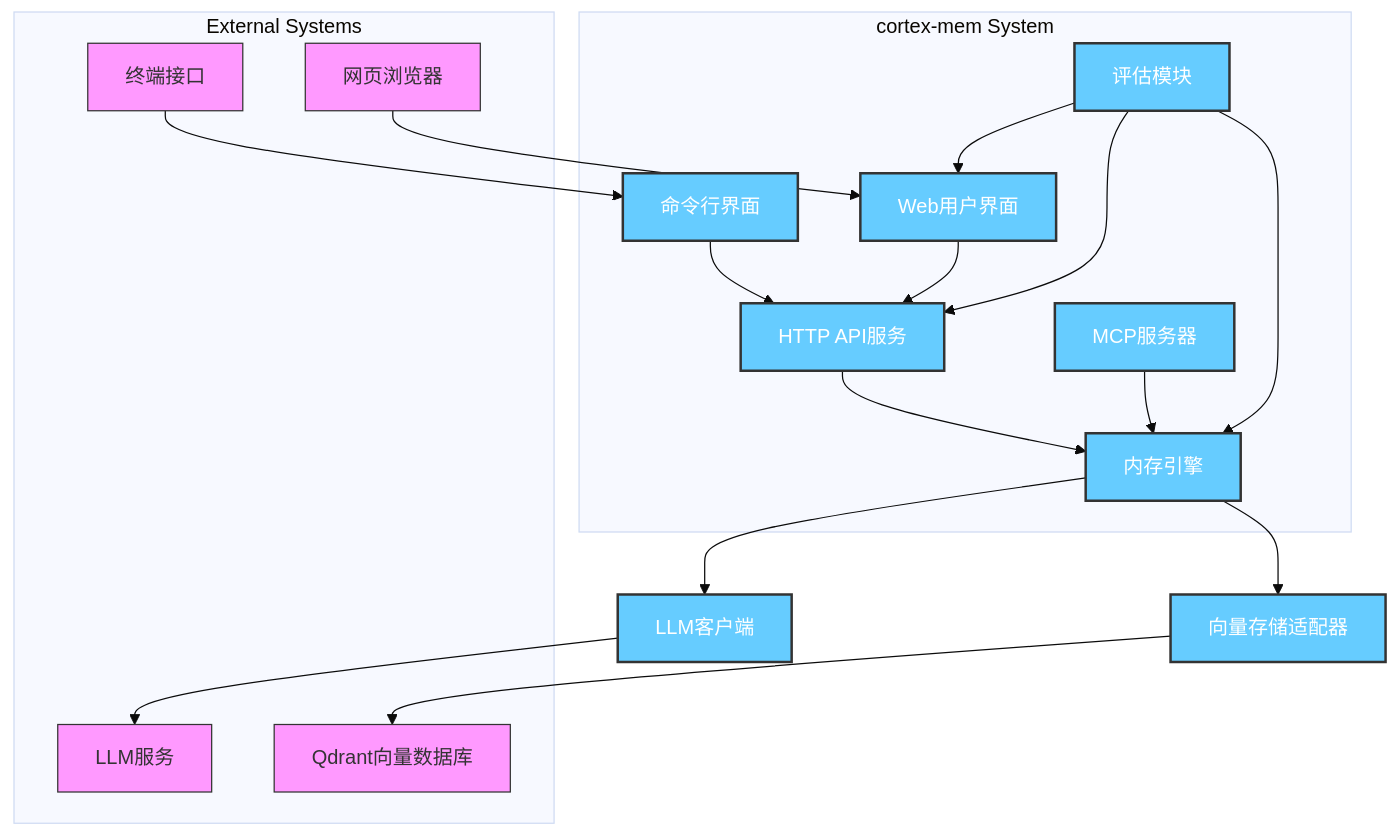
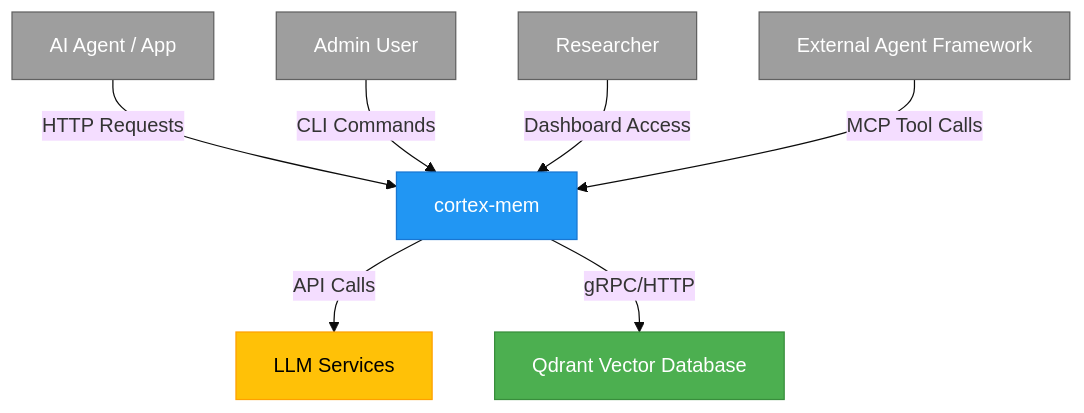
One commit to sopaco/cortex-mem changed the first of 7 diagrams in litho.docs/2.Architecture.md. Above: the diagram before and after it, drawn with Mermaid (base theme). The commit also changed other lines of this file and 14 other files, not shown here.

````diff
--- a/litho.docs/2.Architecture.md
+++ b/litho.docs/2.Architecture.md
@@ -90,35 +79,20 @@
 ```mermaid
 graph TD
-    subgraph "External Systems"
-        Q[Qdrant向量数据库]
-        L[LLM服务]
-        T[终端接口]
-        W[网页浏览器]
-    end
+    A[cortex-mem] -->|API Calls| B[LLM Services]
+    A -->|gRPC/HTTP| C[Qdrant Vector Database]
+    D[AI Agent / App] -->|HTTP Requests| A
+    E[Admin User] -->|CLI Commands| A
+    F[Researcher] -->|Dashboard Access| A
+    G[External Agent Framework] -->|MCP Tool Calls| A
 
-    subgraph "cortex-mem System"
-        CLI[命令行界面]
-        WEB[Web用户界面]
-        HTTP[HTTP API服务]
-        MCP[MCP服务器]
-        CORE[内存引擎]
-        EVAL[评估模块]
-    end
+    style A fill:#2196F3,stroke:#1976D2,color:white
+    style B fill:#FFC107,stroke:#FFA000,color:black
+    style C fill:#4CAF50,stroke:#388E3C,color:white
+    style D fill:#9E9E9E,stroke:#616161,color:white
+    style E fill:#9E9E9E,stroke:#616161,color:white
+    style F fill:#9E9E9E,stroke:#616161,color:white
+    style G fill:#9E9E9E,stroke:#616161,color:white
 
-    T --> CLI
-    W --> WEB
-    WEB --> HTTP
-    CLI --> HTTP
-    HTTP --> CORE
-    MCP --> CORE
-    CORE --> VSTORE[向量存储适配器] --> Q
-    CORE --> LLMCLIENT[LLM客户端] --> L
-    EVAL --> CORE
-    EVAL --> HTTP
-    EVAL --> WEB
-
-    classDef ext fill:#f9f,stroke:#333,stroke-width:1px;
-    classDef sys fill:#6cf,stroke:#333,stroke-width:2px,color:#fff;
-    class Q,L,T,W ext
-    class CLI,WEB,HTTP,MCP,CORE,EVAL,VSTORE,LLMCLIENT sys
+    classDef user fill:#9E9E9E,stroke:#616161,color:white;
+    class D,E,F,G user;
 ```
````
